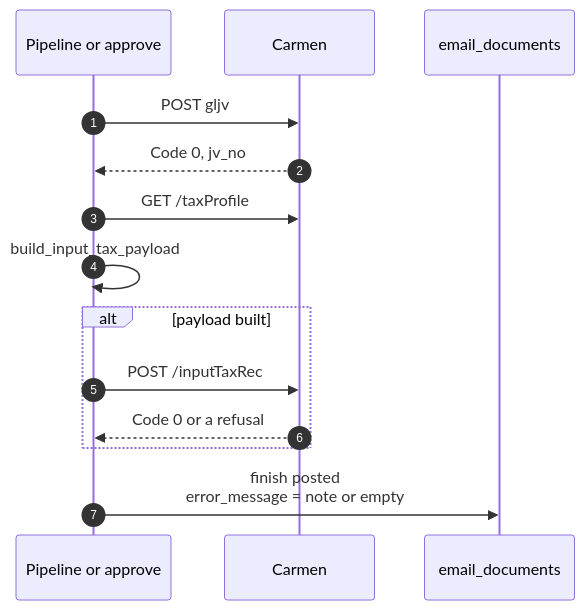
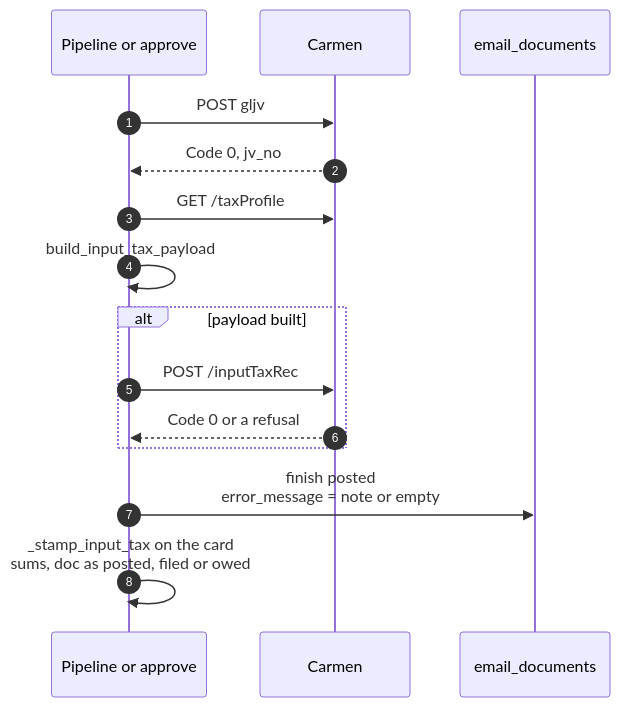
One commit to developer-carmensoftware/OCR changed the fifth of 6 diagrams in docs/frd/FRD-09-input-tax-reconciliation.md. Above: the diagram before and after it, drawn with Mermaid. The commit also changed other lines of this file and 4 other files, not shown here.

Commit message:
docs: CA-111 late input tax — decision #48, FRD-09 v1.1, FRD-12 v1.3, changelog

````diff
--- a/docs/frd/FRD-09-input-tax-reconciliation.md
+++ b/docs/frd/FRD-09-input-tax-reconciliation.md
@@ -265,16 +294,17 @@
 ```mermaid 8.3 | Never raises: the JV is already in Carmen's books
 sequenceDiagram
     autonumber
     participant P as Pipeline or approve
     participant C as Carmen
     participant L as email_documents
     P->>C: POST gljv
     C-->>P: Code 0, jv_no
     P->>C: GET /taxProfile
     P->>P: build_input_tax_payload
     alt payload built
         P->>C: POST /inputTaxRec
         C-->>P: Code 0 or a refusal
     end
     P->>L: finish posted<br/>error_message = note or empty
+    P->>P: _stamp_input_tax on the card<br/>sums, doc as posted, filed or owed
 ```
````
